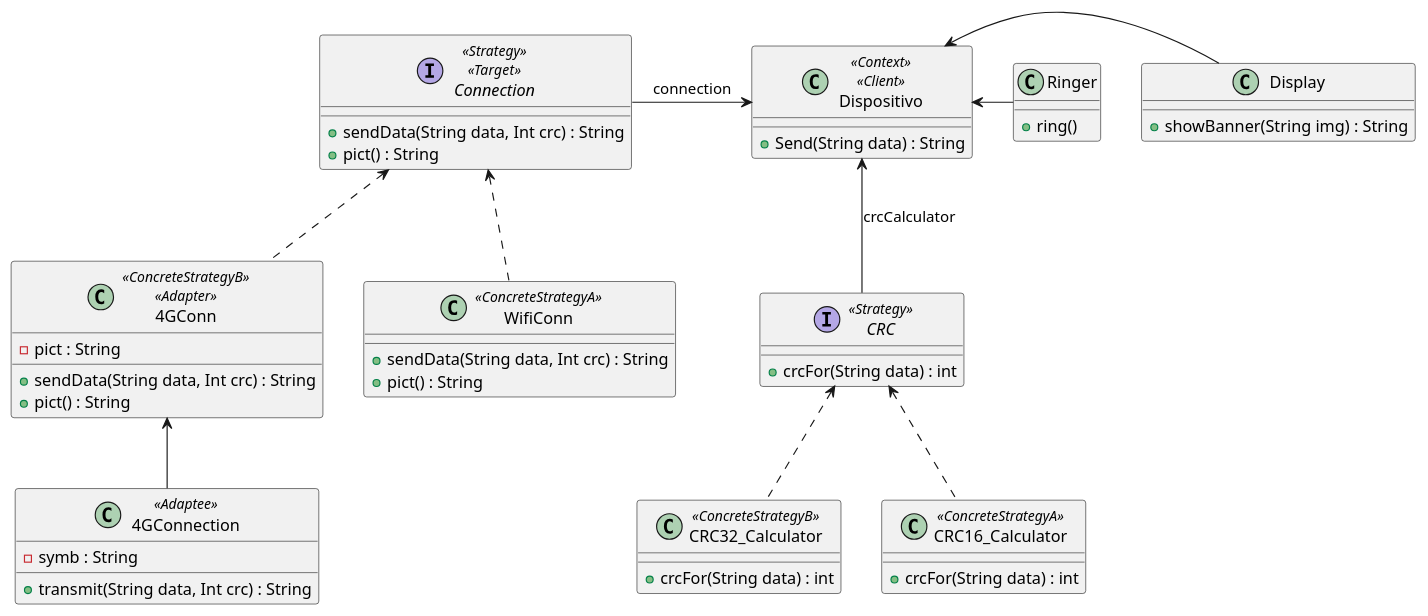
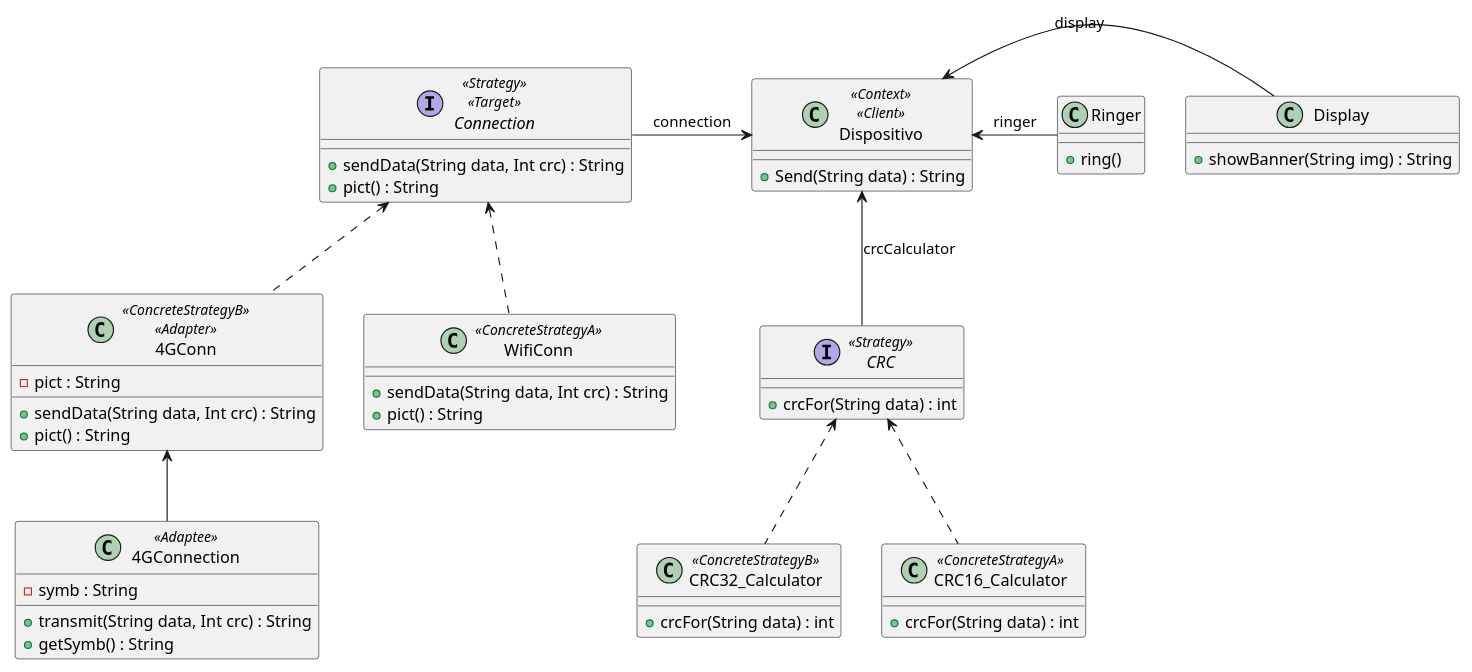
Before and after one commit to BautistaMarquez/Tercero-PrimerCuatrimestre: the diagram in Objetos 2/UMLs/Ejercicio8Patrones.puml, drawn with PlantUML. The commit also changed 3 other files, not shown here.

```diff
--- a/Objetos 2/UMLs/Ejercicio8Patrones.puml
+++ b/Objetos 2/UMLs/Ejercicio8Patrones.puml
@@ -1,62 +1,63 @@
 @startuml Ejercicio8
 'Preguntar tema del TemplateMethod, siento que el dispositivo sigue un orden entonces se podria aplicar el template method ahi, pero no estoy muy seguro el como. Igualmente tengo que repasar la idea del Template Method porque puede ser que yo no la tenga muy fina.'
-Dispositivo  <- Display
-Dispositivo <- Ringer 
+Dispositivo  <- Display : display
+Dispositivo <- Ringer : ringer 
 Dispositivo <-- CRC : crcCalculator 
 CRC <.. CRC16_Calculator
 CRC <.. CRC32_Calculator
 Connection -> Dispositivo : connection
 Connection <.. 4GConn
 4GConn <-- 4GConnection
 Connection <.. WifiConn
 
 
 
 
 class Dispositivo <<Context>> <<Client>> {
     +Send(String data) : String
 }
 
 class Display {
     +showBanner(String img) : String
 }
 
 class Ringer {
     +ring()
 }
 
 interface CRC <<Strategy>> {
     +crcFor(String data) : int
 }
 
 class CRC16_Calculator <<ConcreteStrategyA>> {
     +crcFor(String data) : int
 }
 
 class CRC32_Calculator <<ConcreteStrategyB>> {
     +crcFor(String data) : int
 }
 
 Interface Connection <<Strategy>> <<Target>> {
     +sendData(String data, Int crc) : String 
     +pict() : String 
 }
 
 class WifiConn <<ConcreteStrategyA>> {
     +sendData(String data, Int crc) : String 
     +pict() : String 
 }
 
 class 4GConn <<ConcreteStrategyB>> <<Adapter>> {
     -pict : String 
     +sendData(String data, Int crc) : String 
     +pict() : String 
 }
 
 class 4GConnection <<Adaptee>> {
     -symb : String 
     +transmit(String data, Int crc) : String
+    +getSymb() : String
 }
 
 
 @enduml
```
